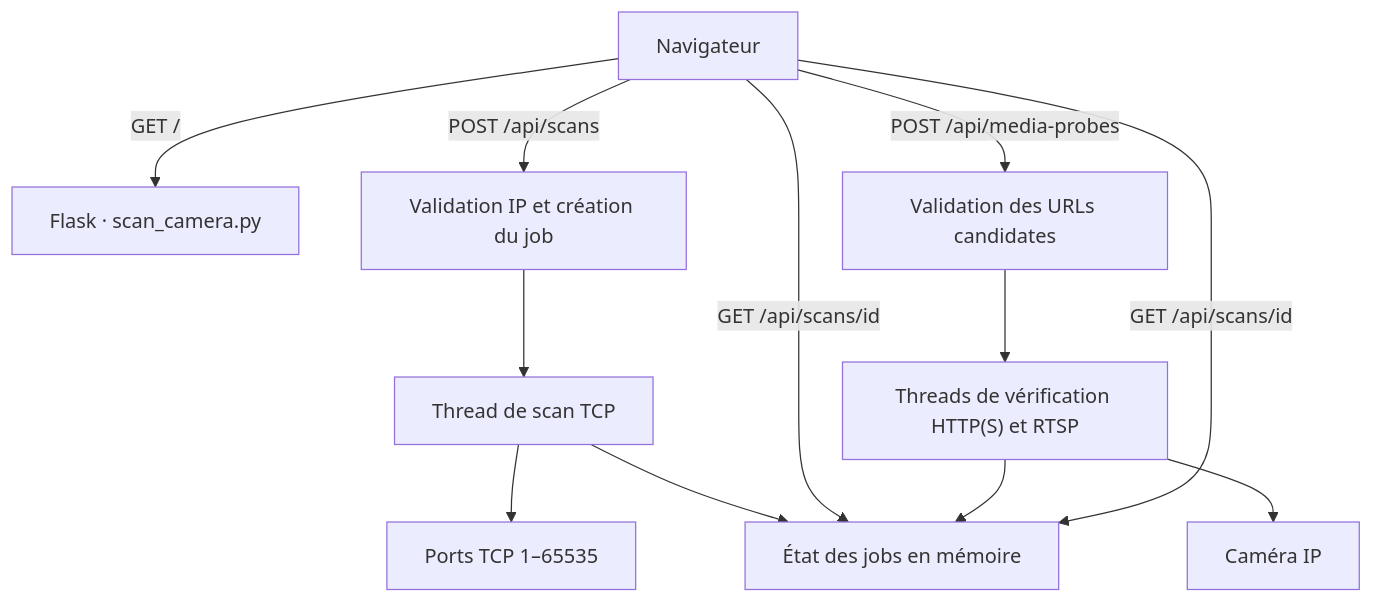
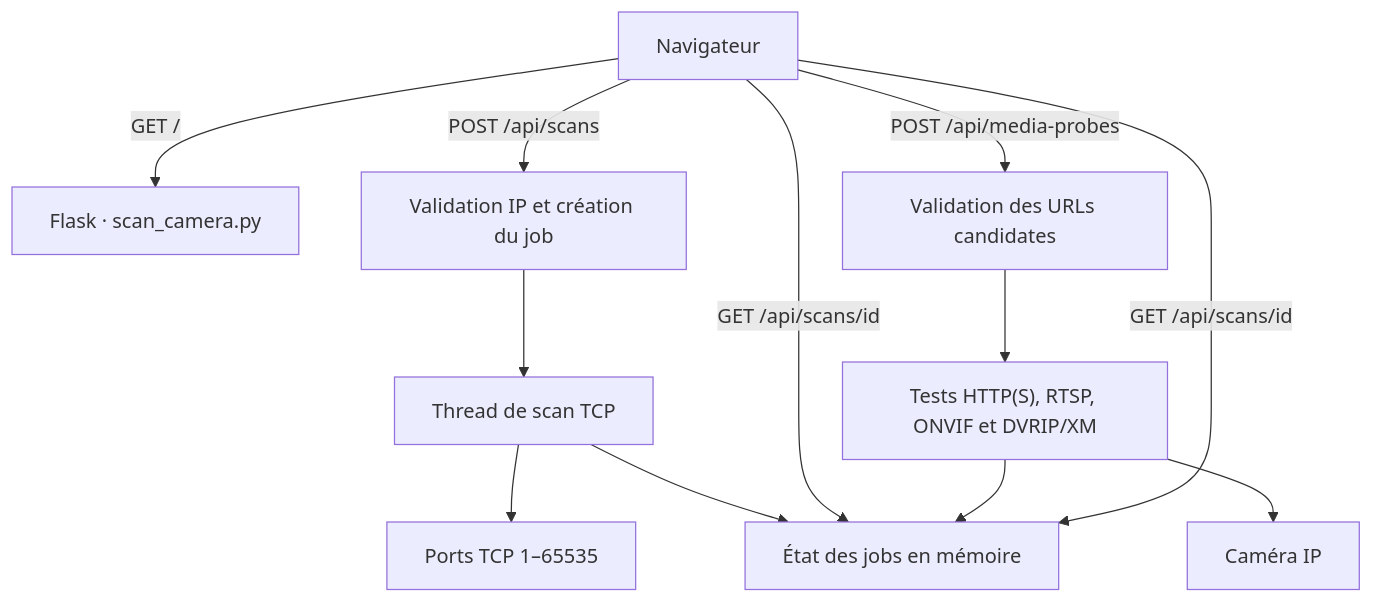
The diagram in ARCHITECTURE.md (zuzu59/z-camera-ip-scanner), drawn with Mermaid before and after one commit. The commit also changed other lines of this file and 3 other files, not shown here.

````diff
--- a/ARCHITECTURE.md
+++ b/ARCHITECTURE.md
@@ -9,14 +9,14 @@
 ```mermaid
 flowchart TD
     U["Navigateur"] -->|GET /| F["Flask · scan_camera.py"]
     U -->|POST /api/scans| A["Validation IP et création du job"]
     A --> T["Thread de scan TCP"]
     T --> N["Ports TCP 1–65535"]
     T --> J["État des jobs en mémoire"]
     U -->|GET /api/scans/id| J
     U -->|POST /api/media-probes| V["Validation des URLs candidates"]
-    V --> M["Threads de vérification HTTP(S) et RTSP"]
+    V --> M["Tests HTTP(S), RTSP, ONVIF et DVRIP/XM"]
     M --> C["Caméra IP"]
     M --> J
     U -->|GET /api/scans/id| J
 ```
````
